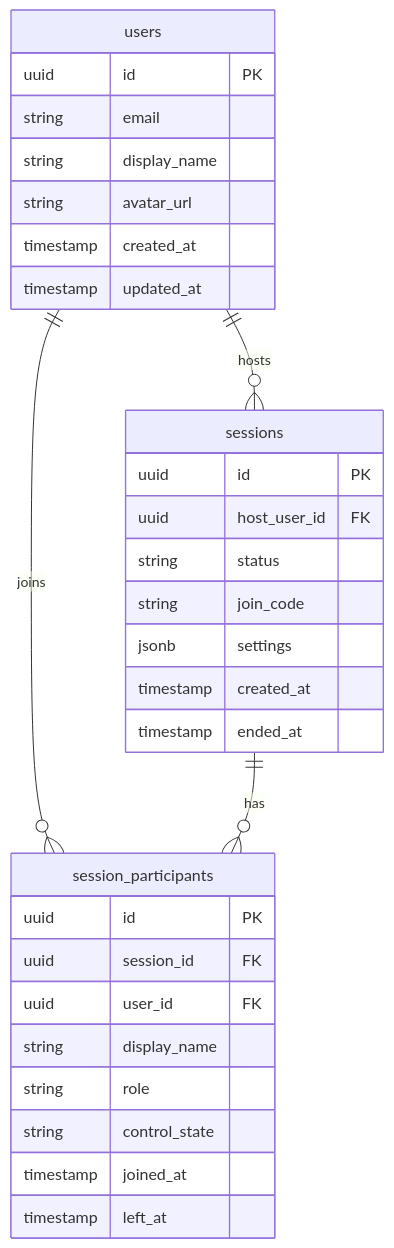
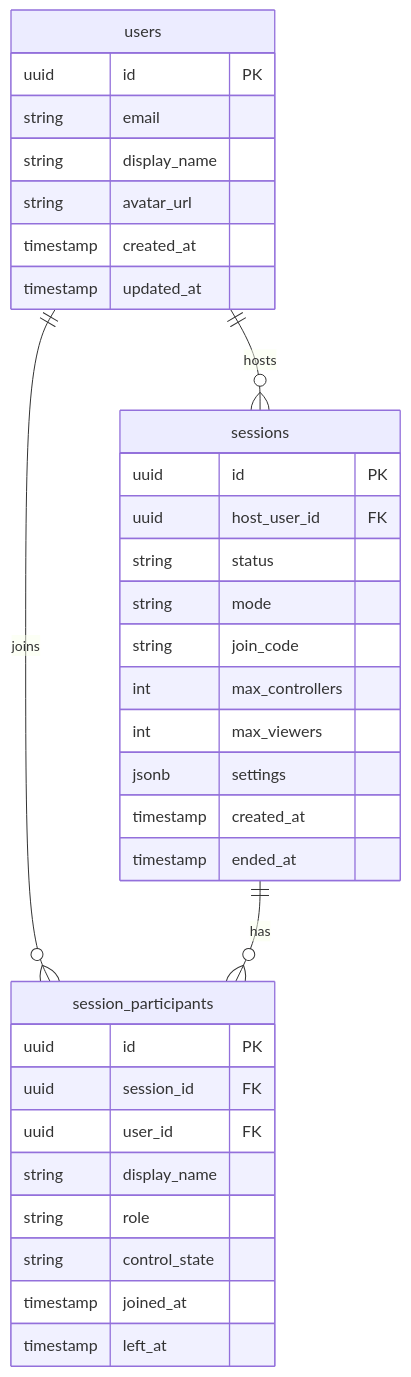
Before and after one commit to profullstack/pairux.com: the diagram in docs/API.md, drawn with Mermaid. The commit also changed other lines of this file and 6 other files, not shown here.

````diff
--- a/docs/API.md
+++ b/docs/API.md
@@ -13,36 +13,39 @@
 ```mermaid
 erDiagram
     users ||--o{ sessions : hosts
     users ||--o{ session_participants : joins
     sessions ||--o{ session_participants : has
     
     users {
         uuid id PK
         string email
         string display_name
         string avatar_url
         timestamp created_at
         timestamp updated_at
     }
     
     sessions {
         uuid id PK
         uuid host_user_id FK
         string status
+        string mode
         string join_code
+        int max_controllers
+        int max_viewers
         jsonb settings
         timestamp created_at
         timestamp ended_at
     }
     
     session_participants {
         uuid id PK
         uuid session_id FK
         uuid user_id FK
         string display_name
         string role
         string control_state
         timestamp joined_at
         timestamp left_at
     }
 ```
````
